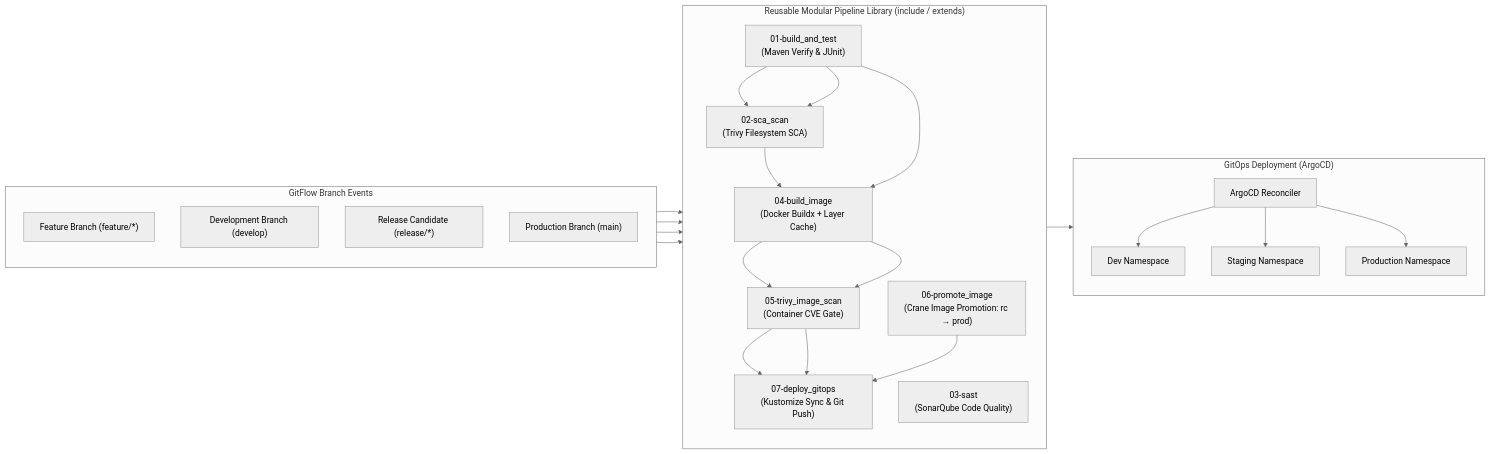
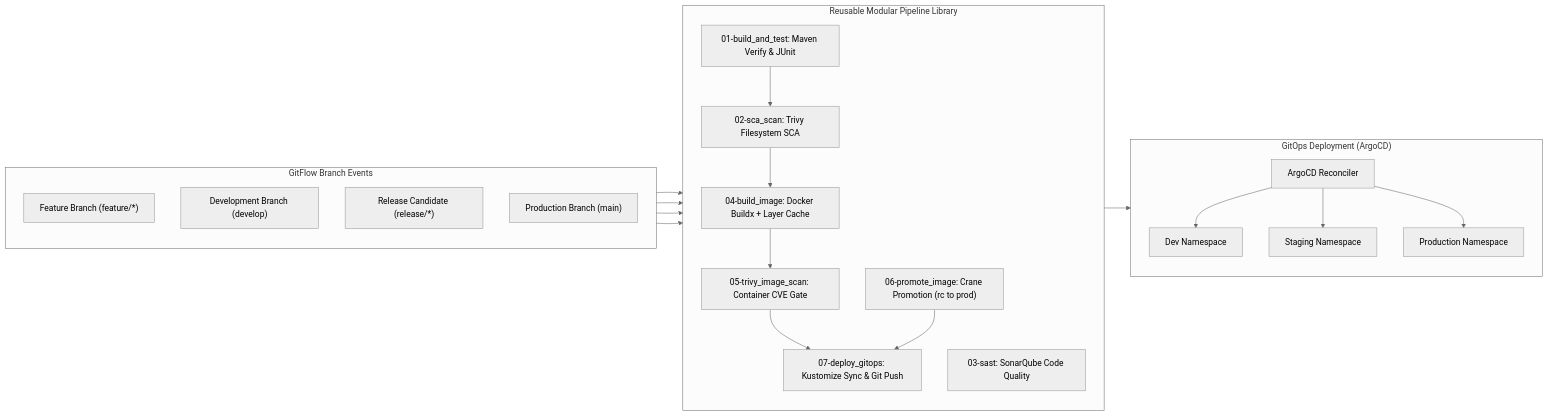
Before and after one commit to aaboelala/aaboelala: the second of 4 diagrams in README.md, drawn with Mermaid (neutral theme). The commit also changed other lines of this file, not shown here.

Commit message:
fix(mermaid): quote edge and node labels to eliminate parser errors

````diff
--- a/README.md
+++ b/README.md
@@ -188,38 +188,43 @@
 ```mermaid
 flowchart LR
     subgraph GitFlowBranches ["GitFlow Branch Events"]
         direction TB
         FBranch["Feature Branch (feature/*)"]
         DBranch["Development Branch (develop)"]
         RBranch["Release Candidate (release/*)"]
         MBranch["Production Branch (main)"]
     end
 
-    subgraph ModularPipeline ["Reusable Modular Pipeline Library (include / extends)"]
+    subgraph ModularPipeline ["Reusable Modular Pipeline Library"]
         direction TB
-        S1["01-build_and_test<br/>(Maven Verify & JUnit)"]
-        S2["02-sca_scan<br/>(Trivy Filesystem SCA)"]
-        S3["03-sast<br/>(SonarQube Code Quality)"]
-        S4["04-build_image<br/>(Docker Buildx + Layer Cache)"]
-        S5["05-trivy_image_scan<br/>(Container CVE Gate)"]
-        S6["06-promote_image<br/>(Crane Image Promotion: rc → prod)"]
-        S7["07-deploy_gitops<br/>(Kustomize Sync & Git Push)"]
+        S1["01-build_and_test: Maven Verify & JUnit"]
+        S2["02-sca_scan: Trivy Filesystem SCA"]
+        S3["03-sast: SonarQube Code Quality"]
+        S4["04-build_image: Docker Buildx + Layer Cache"]
+        S5["05-trivy_image_scan: Container CVE Gate"]
+        S6["06-promote_image: Crane Promotion (rc to prod)"]
+        S7["07-deploy_gitops: Kustomize Sync & Git Push"]
     end
 
     subgraph GitOpsCluster ["GitOps Deployment (ArgoCD)"]
         direction TB
         ArgoSync["ArgoCD Reconciler"]
         DevEnv["Dev Namespace"]
         StageEnv["Staging Namespace"]
         ProdEnv["Production Namespace"]
         ArgoSync --> DevEnv
         ArgoSync --> StageEnv
         ArgoSync --> ProdEnv
     end
 
-    FBranch --> S1 --> S2
-    DBranch --> S1 --> S2 --> S4 --> S5 --> S7
-    RBranch --> S1 --> S4 --> S5 --> S7
-    MBranch --> S6 --> S7
+    FBranch --> S1
+    S1 --> S2
+    DBranch --> S1
+    S2 --> S4
+    S4 --> S5
+    S5 --> S7
+    RBranch --> S1
+    MBranch --> S6
+    S6 --> S7
     S7 --> ArgoSync
 ```
````
